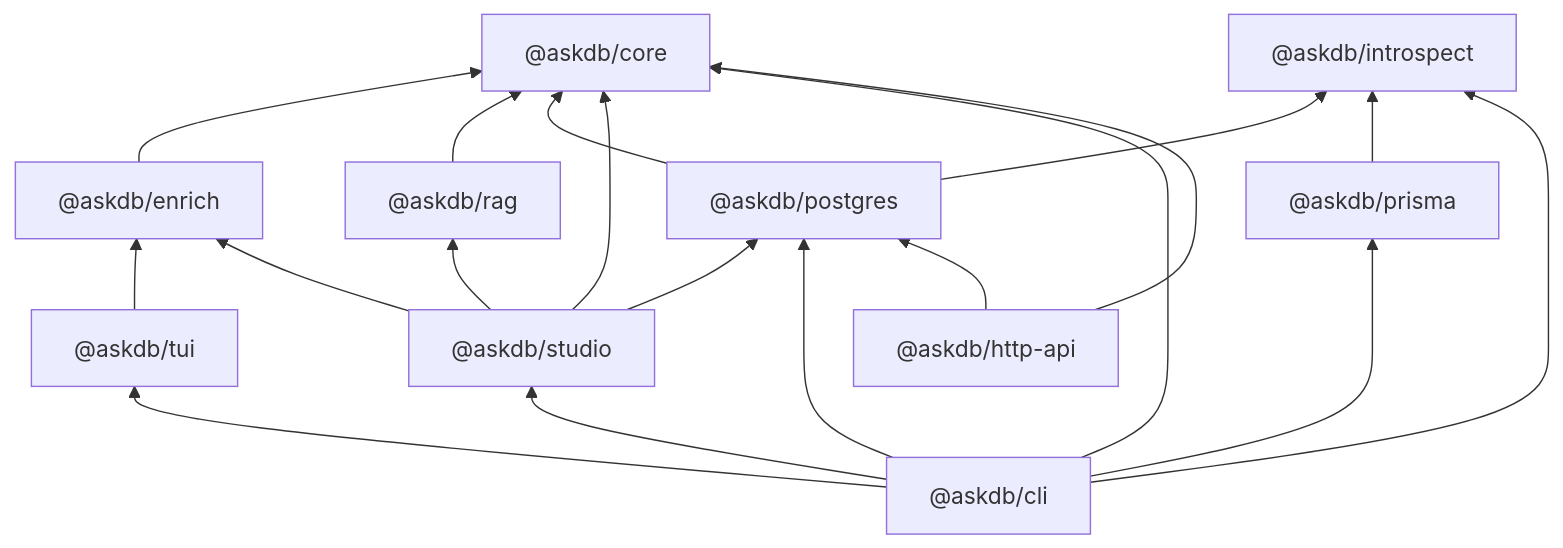
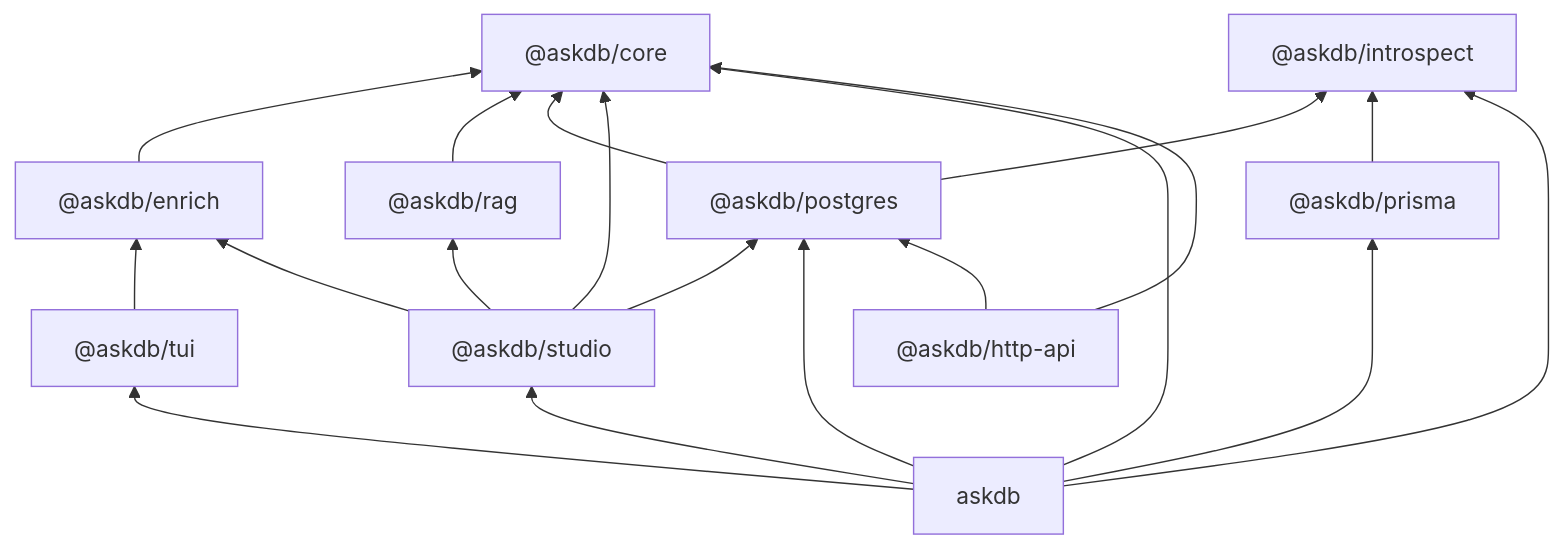
The third of 7 diagrams in docs/architecture.md (Ygilany/AskDB), drawn with Mermaid before and after one commit. The commit also changed other lines of this file and 25 other files, not shown here.

````diff
--- a/docs/architecture.md
+++ b/docs/architecture.md
@@ -98,32 +98,32 @@
 ```mermaid
 flowchart BT
   core["@askdb/core"]
   introspect["@askdb/introspect"]
   enrich["@askdb/enrich"]
   rag["@askdb/rag"]
   postgres["@askdb/postgres"]
   prisma["@askdb/prisma"]
   tui["@askdb/tui"]
   studio["@askdb/studio"]
-  cli["@askdb/cli"]
+  cli["askdb"]
   http["@askdb/http-api"]
 
   enrich --> core
   rag --> core
   postgres --> core
   postgres --> introspect
   prisma --> introspect
   tui --> enrich
   studio --> enrich
   studio --> core
   studio --> postgres
   studio --> rag
   cli --> core
   cli --> introspect
   cli --> postgres
   cli --> prisma
   cli --> tui
   cli --> studio
   http --> core
   http --> postgres
 ```
````
